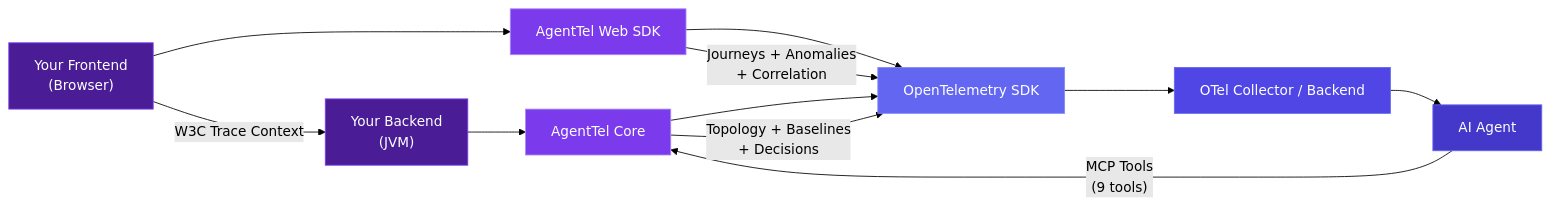
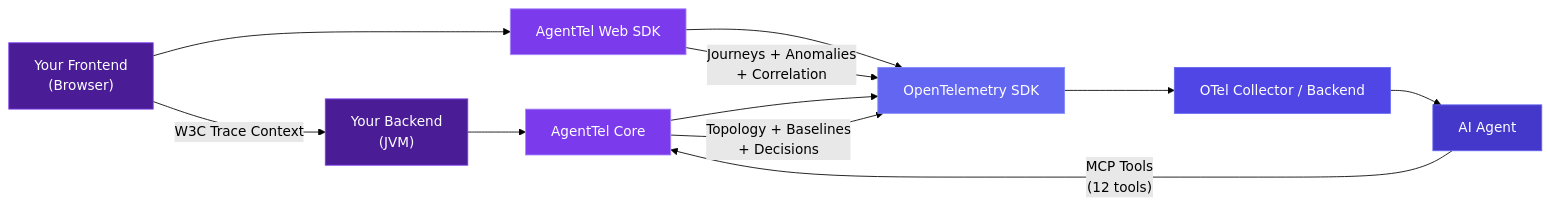
The first of 2 diagrams in docs/index.md (rrohitramsen/AgentTel), drawn with Mermaid (forest theme) before and after one commit. The commit also changed other lines of this file and 4 other files, not shown here.

````diff
--- a/docs/index.md
+++ b/docs/index.md
@@ -49,22 +49,22 @@
 ```mermaid
 graph LR
     B1["Your Backend<br/>(JVM)"] --> AT1["AgentTel Core"]
     B2["Your Frontend<br/>(Browser)"] --> AT2["AgentTel Web SDK"]
     AT1 --> C["OpenTelemetry SDK"]
     AT2 --> C
     C --> D["OTel Collector / Backend"]
     D --> E["AI Agent"]
 
     AT1 -->|"Topology + Baselines<br/>+ Decisions"| C
     AT2 -->|"Journeys + Anomalies<br/>+ Correlation"| C
-    E -->|"MCP Tools<br/>(9 tools)"| AT1
+    E -->|"MCP Tools<br/>(12 tools)"| AT1
     B2 -->|"W3C Trace Context"| B1
 
     style B1 fill:#4a1d96,stroke:#7c3aed,color:#fff
     style B2 fill:#4a1d96,stroke:#7c3aed,color:#fff
     style AT1 fill:#7c3aed,stroke:#a78bfa,color:#fff
     style AT2 fill:#7c3aed,stroke:#a78bfa,color:#fff
     style C fill:#6366f1,stroke:#818cf8,color:#fff
     style D fill:#4f46e5,stroke:#6366f1,color:#fff
     style E fill:#4338ca,stroke:#6366f1,color:#fff
 ```
````
